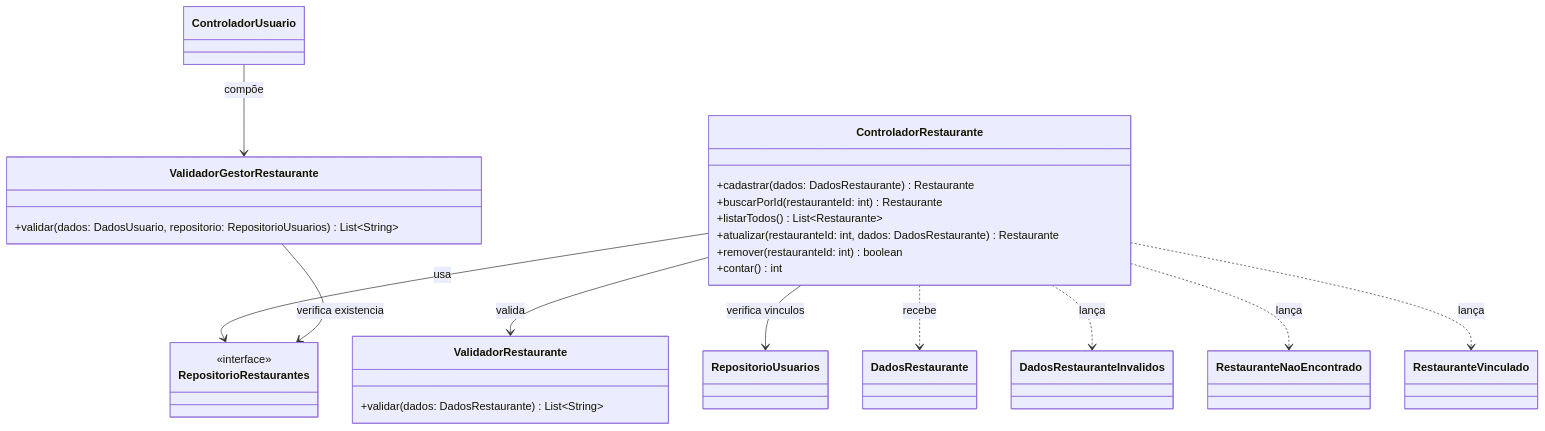
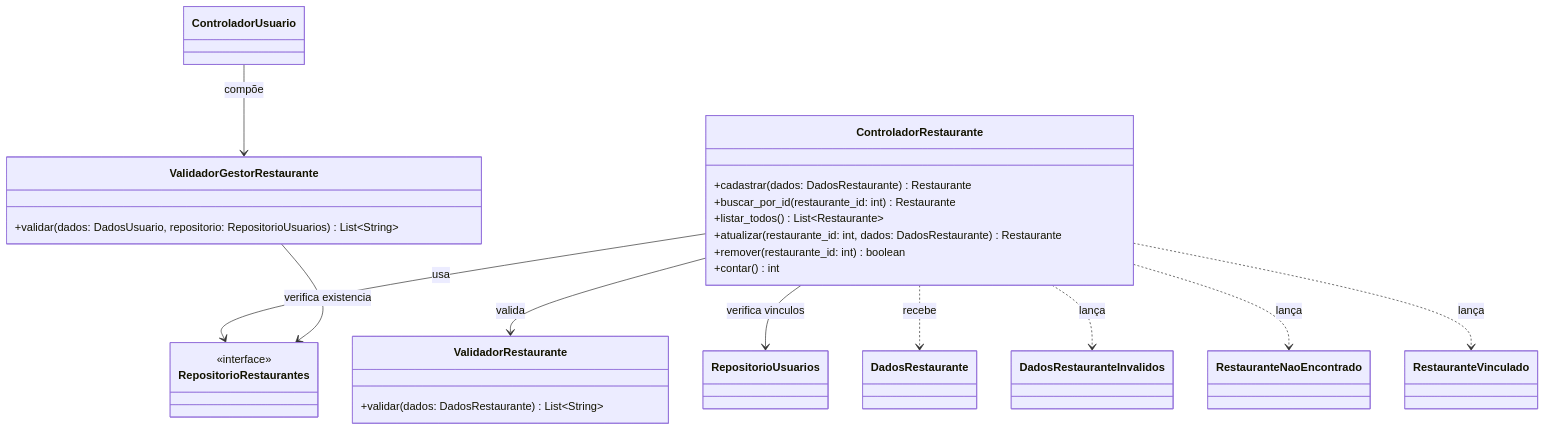
The third of 7 diagrams in docs/08-projeto.md (henriquesantos007/Sistema-de-Agendamento-de-Almoco), drawn with Mermaid before and after one commit. The commit also changed other lines of this file, not shown here.

Commit message:
docs(projeto): alinhar diagrama de classes à implementação

````diff
--- a/docs/08-projeto.md
+++ b/docs/08-projeto.md
@@ -320,39 +320,39 @@
 ```mermaid
 classDiagram
     class ControladorRestaurante {
         +cadastrar(dados: DadosRestaurante) Restaurante
-        +buscarPorId(restauranteId: int) Restaurante
-        +listarTodos() List~Restaurante~
-        +atualizar(restauranteId: int, dados: DadosRestaurante) Restaurante
-        +remover(restauranteId: int) boolean
+        +buscar_por_id(restaurante_id: int) Restaurante
+        +listar_todos() List~Restaurante~
+        +atualizar(restaurante_id: int, dados: DadosRestaurante) Restaurante
+        +remover(restaurante_id: int) boolean
         +contar() int
     }
 
     class ValidadorRestaurante {
         +validar(dados: DadosRestaurante) List~String~
     }
 
     class ValidadorGestorRestaurante {
         +validar(dados: DadosUsuario, repositorio: RepositorioUsuarios) List~String~
     }
 
     class ControladorUsuario
 
     class RepositorioRestaurantes {
         <<interface>>
     }
 
     class DadosRestauranteInvalidos
     class RestauranteNaoEncontrado
     class RestauranteVinculado
 
     ControladorRestaurante --> ValidadorRestaurante : valida
     ControladorRestaurante --> RepositorioRestaurantes : usa
     ControladorRestaurante --> RepositorioUsuarios : verifica vinculos
     ControladorRestaurante ..> DadosRestaurante : recebe
     ControladorRestaurante ..> DadosRestauranteInvalidos : lança
     ControladorRestaurante ..> RestauranteNaoEncontrado : lança
     ControladorRestaurante ..> RestauranteVinculado : lança
     ControladorUsuario --> ValidadorGestorRestaurante : compõe
     ValidadorGestorRestaurante --> RepositorioRestaurantes : verifica existencia
 ```
````
